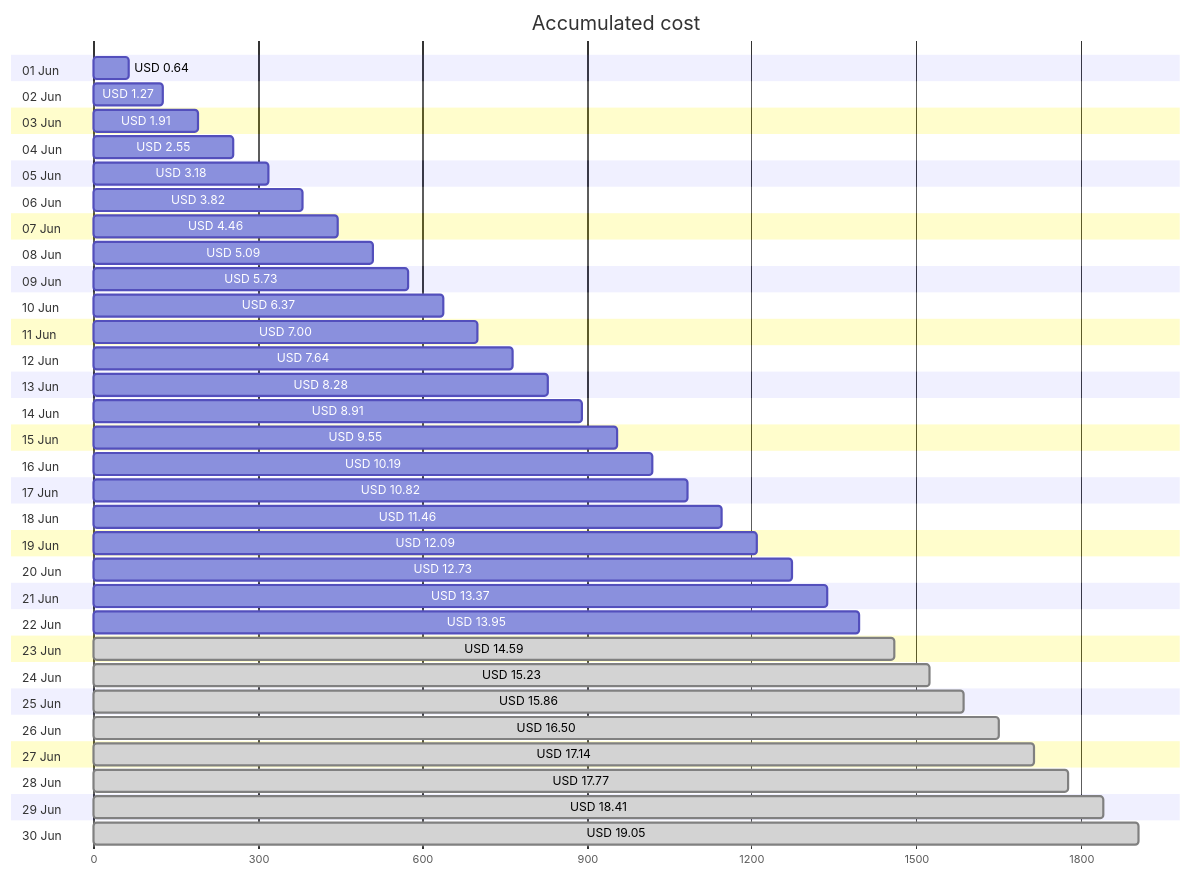
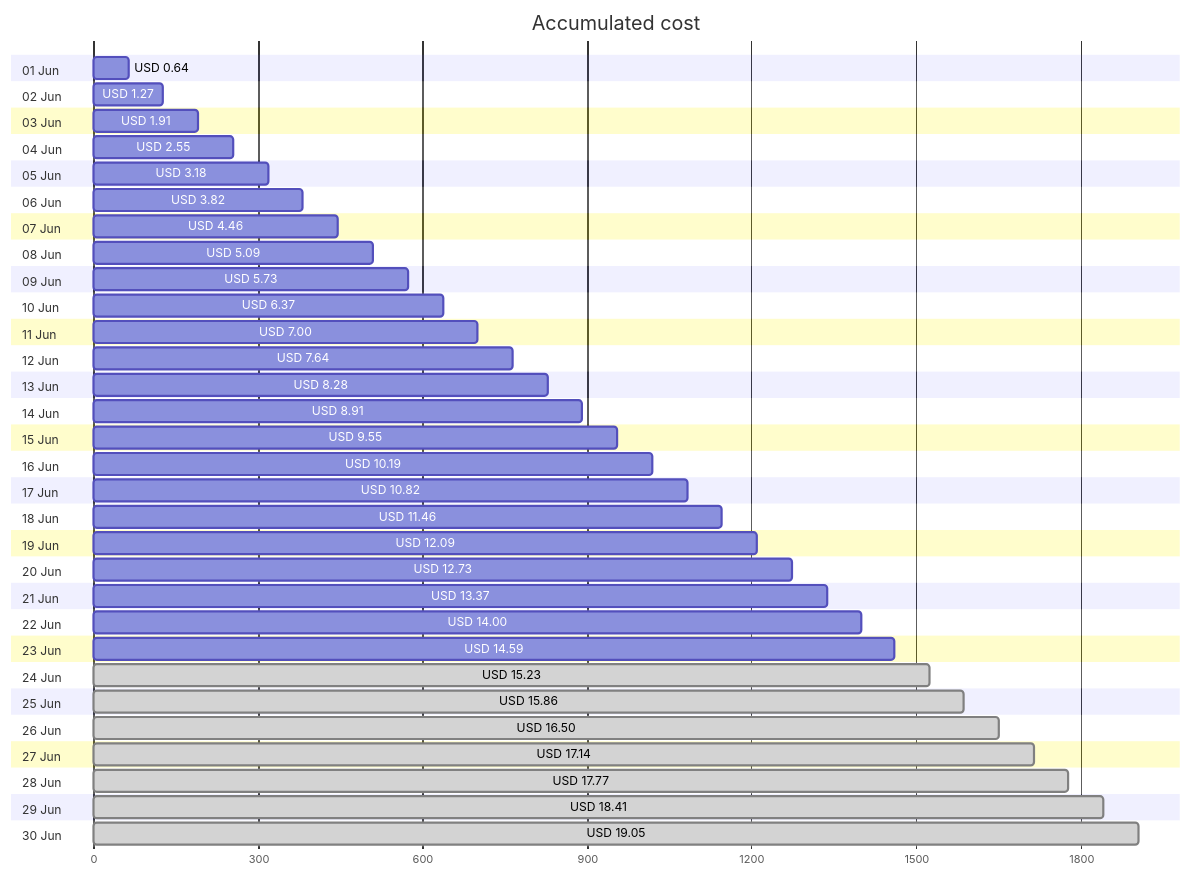
One commit to jpfulton/azure-personal-reports changed the first of 4 diagrams in cost-reports/accumulated-cost.md. Above: the diagram before and after it, drawn with Mermaid. The commit also changed other lines of this file and 4 other files, not shown here.

````diff
--- a/cost-reports/accumulated-cost.md
+++ b/cost-reports/accumulated-cost.md
@@ -20,66 +20,66 @@
 ```mermaid
 gantt
    title Accumulated cost
    dateFormat  X
    axisFormat %s
    section 01 Jun
    USD 0.64 :0, 64
    section 02 Jun
    USD 1.27 :0, 127
    section 03 Jun
    USD 1.91 :0, 191
    section 04 Jun
    USD 2.55 :0, 255
    section 05 Jun
    USD 3.18 :0, 318
    section 06 Jun
    USD 3.82 :0, 382
    section 07 Jun
    USD 4.46 :0, 446
    section 08 Jun
    USD 5.09 :0, 509
    section 09 Jun
    USD 5.73 :0, 573
    section 10 Jun
    USD 6.37 :0, 637
    section 11 Jun
    USD 7.00 :0, 700
    section 12 Jun
    USD 7.64 :0, 764
    section 13 Jun
    USD 8.28 :0, 828
    section 14 Jun
    USD 8.91 :0, 891
    section 15 Jun
    USD 9.55 :0, 955
    section 16 Jun
    USD 10.19 :0, 1019
    section 17 Jun
    USD 10.82 :0, 1082
    section 18 Jun
    USD 11.46 :0, 1146
    section 19 Jun
    USD 12.09 :0, 1209
    section 20 Jun
    USD 12.73 :0, 1273
    section 21 Jun
    USD 13.37 :0, 1337
    section 22 Jun
-   USD 13.95 :0, 1395
+   USD 14.00 :0, 1400
    section 23 Jun
-   USD 14.59 : done, 0, 1459
+   USD 14.59 :0, 1459
    section 24 Jun
    USD 15.23 : done, 0, 1523
    section 25 Jun
    USD 15.86 : done, 0, 1586
    section 26 Jun
    USD 16.50 : done, 0, 1650
    section 27 Jun
    USD 17.14 : done, 0, 1714
    section 28 Jun
    USD 17.77 : done, 0, 1777
    section 29 Jun
    USD 18.41 : done, 0, 1841
    section 30 Jun
    USD 19.05 : done, 0, 1905
 ```
````
